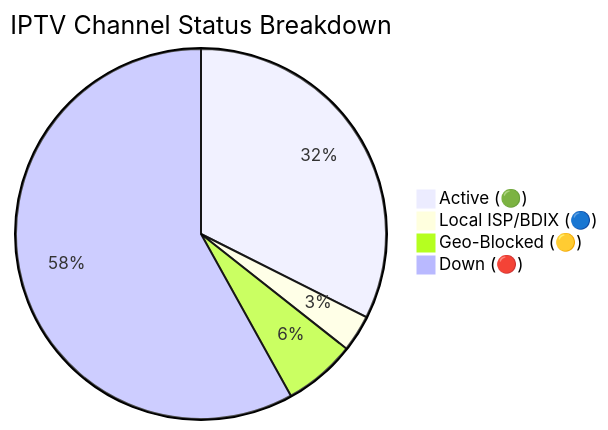
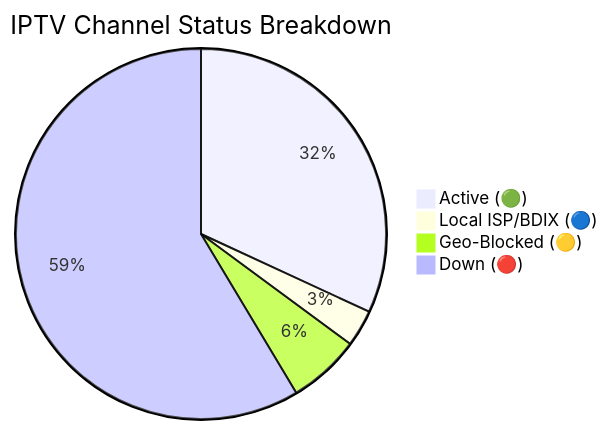
Before and after one commit to Zaman-Topu/Ip-tv-Collection: the diagram in README.md, drawn with Mermaid. The commit also changed other lines of this file and 3 other files, not shown here.

````diff
--- a/README.md
+++ b/README.md
@@ -118,7 +118,7 @@
 ```mermaid
 pie title IPTV Channel Status Breakdown
-    "Active (🟢)" : 10974
+    "Active (🟢)" : 10798
     "Local ISP/BDIX (🔵)" : 1091
-    "Geo-Blocked (🟡)" : 2134
-    "Down (🔴)" : 19663
+    "Geo-Blocked (🟡)" : 2129
+    "Down (🔴)" : 19842
 ```
````
